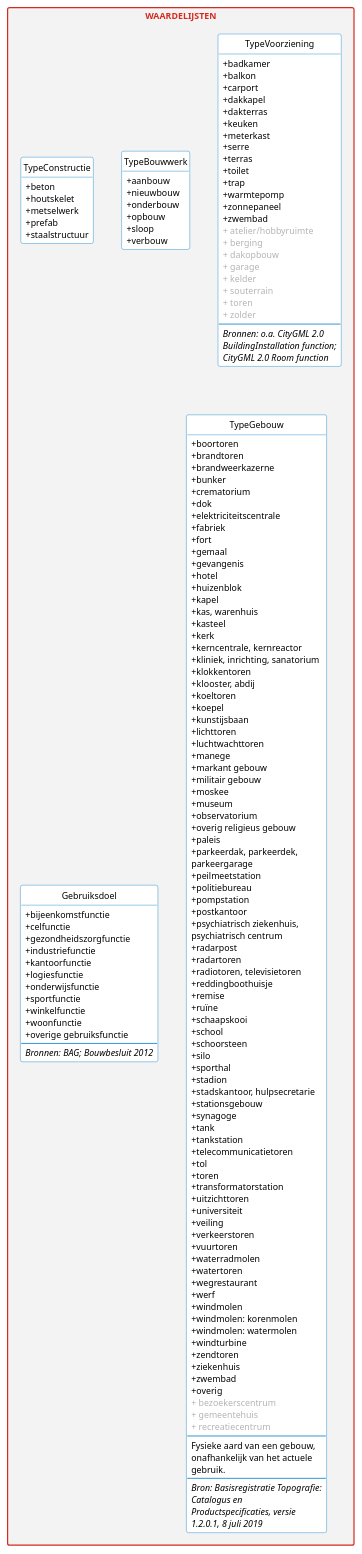
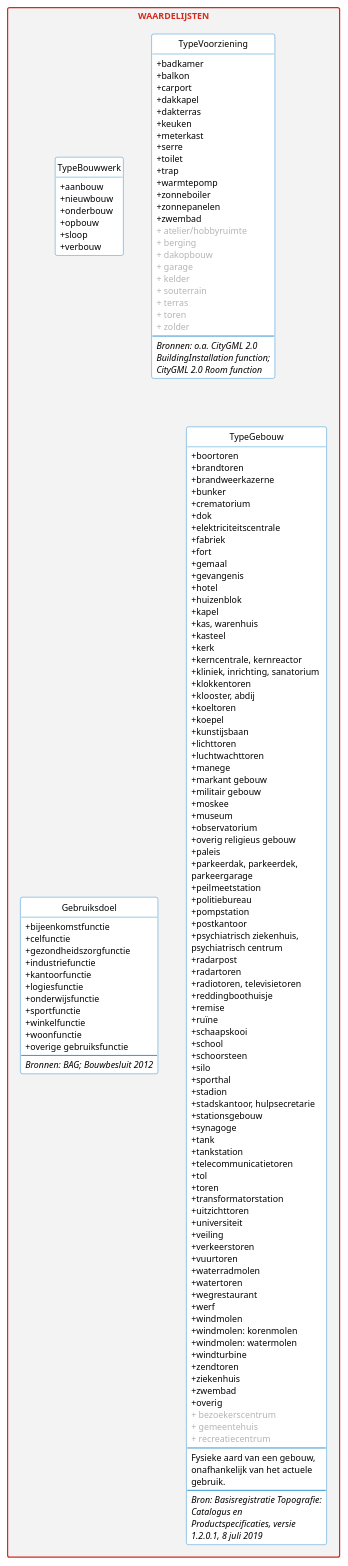
The diagram in model/waardelijsten.puml (geobasisregistraties/werkgroep-bouwwerken), drawn with PlantUML before and after one commit.

```diff
--- a/model/waardelijsten.puml
+++ b/model/waardelijsten.puml
@@ -47,14 +47,16 @@
 }
 
 skinparam class<<extern>> {
+    AttributeFontColor #b4b4b4
     BorderColor #b4b4b4
     FontColor #b4b4b4
+    StereotypeFontColor #b4b4b4
 }
 
 skinparam note {
     BackgroundColor #fdf6bb
     BorderColor #f9e11e
-    FontColor #01689b
+    FontColor #007bc7
 }
 
 skinparam package {
@@ -71,23 +73,36 @@
     FontStyle normal
 }
 
-' hide AbstractObject
-
 hide circle
 
 hide empty members
 
 hide stereotype
 
+' hide AbstractObject
+
+
+' =================================================================================================
+
+
 package "WAARDELIJSTEN" {
 
-    class TypeConstructie << Referentielijst >> {
-        + beton
-        + houtskelet
-        + metselwerk
-        + prefab
-        + staalstructuur
-    }
+' together {
+'     class Gebruiksdoel
+'     class TypeBouwwerk
+'     class TypeConstructie
+'     class TypeGebouw
+'     class TypeMetagegeven
+'     class TypeVoorziening
+' }
+
+'     class TypeConstructie << Referentielijst >> {
+'         + beton
+'         + houtskelet
+'         + metselwerk
+'         + prefab
+'         + staalstructuur
+'     }
 
     class TypeBouwwerk << Referentielijst >> {
         + aanbouw
@@ -107,11 +122,11 @@
         + keuken
         + meterkast
         + serre
-        + terras
         + toilet
         + trap
         + warmtepomp
-        + zonnepaneel
+        + zonneboiler
+        + zonnepanelen
         + zwembad
         <color:#b4b4b4>+ atelier/hobbyruimte</color>
         <color:#b4b4b4>+ berging</color>
@@ -119,6 +134,7 @@
         <color:#b4b4b4>+ garage</color>
         <color:#b4b4b4>+ kelder</color>
         <color:#b4b4b4>+ souterrain</color>
+        <color:#b4b4b4>+ terras</color>
         <color:#b4b4b4>+ toren</color>
         <color:#b4b4b4>+ zolder</color>
         --
```
